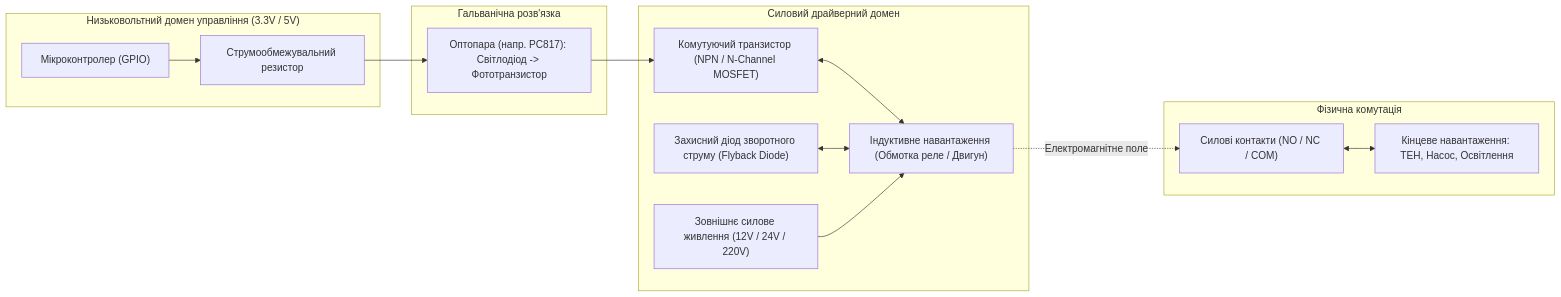
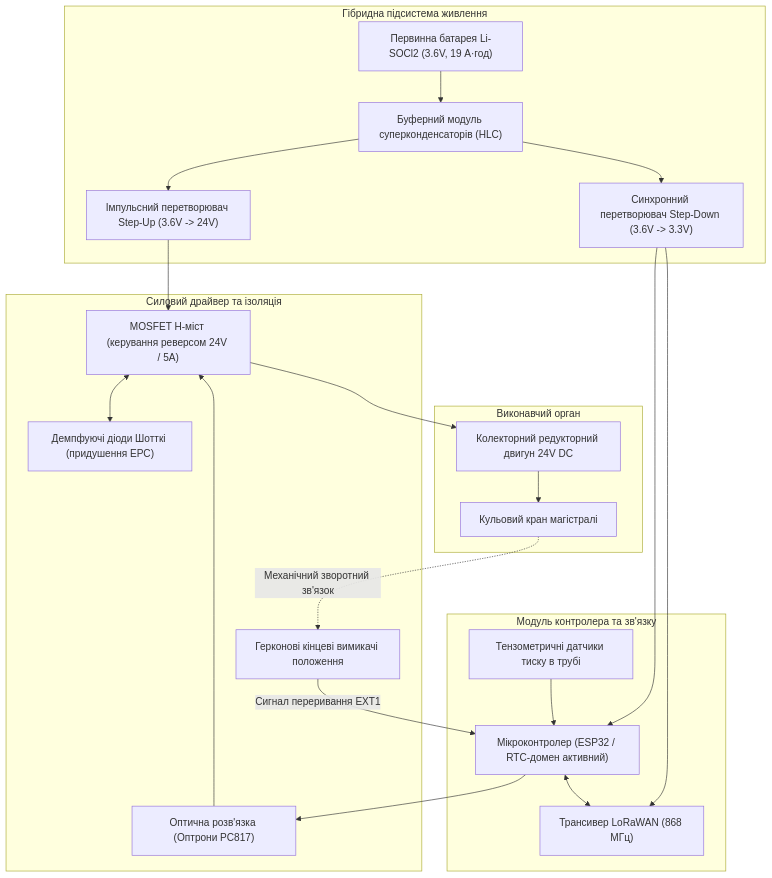
The fourth of 4 diagrams in docs/lk/lk8.md (KyryloVadurin/iot-technologies), drawn with Mermaid before and after one commit. The commit also changed other lines of this file, not shown here.

````diff
--- a/docs/lk/lk8.md
+++ b/docs/lk/lk8.md
@@ -15,32 +448,43 @@
 ```mermaid
-flowchart LR
-    subgraph ControlDomain["Низьковольтний домен управління (3.3V / 5V)"]
-        MCU["Мікроконтролер (GPIO)"]
-        Resistor["Струмообмежувальний резистор"]
+flowchart TD
+    subgraph PowerSystem["Гібридна підсистема живлення"]
+        Batt["Первинна батарея Li-SOCl2 (3.6V, 19 А·год)"]
+        HLC["Буферний модуль суперконденсаторів (HLC)"]
+        Boost["Імпульсний перетворювач Step-Up (3.6V -> 24V)"]
+        Buck["Синхронний перетворювач Step-Down (3.6V -> 3.3V)"]
     end
 
-    subgraph IsolationDomain["Гальванічна розв'язка"]
-        Opto["Оптопара (напр. PC817): Світлодіод -> Фототранзистор"]
+    subgraph ControlCore["Модуль контролера та зв'язку"]
+        MCU["Мікроконтролер (ESP32 / RTC-домен активний)"]
+        LoRa["Трансивер LoRaWAN (868 МГц)"]
+        Sensors["Тензометричні датчики тиску в трубі"]
     end
 
-    subgraph PowerDriverDomain["Силовий драйверний домен"]
-        Transistor["Комутуючий транзистор (NPN / N-Channel MOSFET)"]
-        Diode["Захисний діод зворотного струму (Flyback Diode)"]
-        Coil["Індуктивне навантаження (Обмотка реле / Двигун)"]
-        ExtPower["Зовнішнє силове живлення (12V / 24V / 220V)"]
+    subgraph IsolationDrive["Силовий драйвер та ізоляція"]
+        Opto["Оптична розв'язка (Оптрони PC817)"]
+        HBridge["MOSFET H-міст (керування реверсом 24V / 5A)"]
+        Flyback["Демпфуючі діоди Шотткі (придушення ЕРС)"]
+        Limits["Герконові кінцеві вимикачі положення"]
     end
 
-    subgraph PhysicalActuation["Фізична комутація"]
-        Contacts["Силові контакти (NO / NC / COM)"]
-        Load["Кінцеве навантаження: ТЕН, Насос, Освітлення"]
+    subgraph PhysicalValve["Виконавчий орган"]
+        Motor["Колекторний редукторний двигун 24V DC"]
+        Valve["Кульовий кран магістралі"]
     end
 
-    MCU --> Resistor
-    Resistor --> Opto
-    Opto --> Transistor
-    Transistor <--> Coil
-    Diode <--> Coil
-    ExtPower --> Coil
-    Coil -.->|Електромагнітне поле| Contacts
-    Contacts <--> Load
+    Batt --> HLC
+    HLC --> Boost
+    HLC --> Buck
+    Buck --> MCU
+    Buck --> LoRa
+    MCU <--> LoRa
+    Sensors --> MCU
+    MCU --> Opto
+    Opto --> HBridge
+    Boost --> HBridge
+    HBridge <--> Flyback
+    HBridge --> Motor
+    Motor --> Valve
+    Valve -.->|Механічний зворотний зв'язок| Limits
+    Limits -->|Сигнал переривання EXT1| MCU
 ```
````
